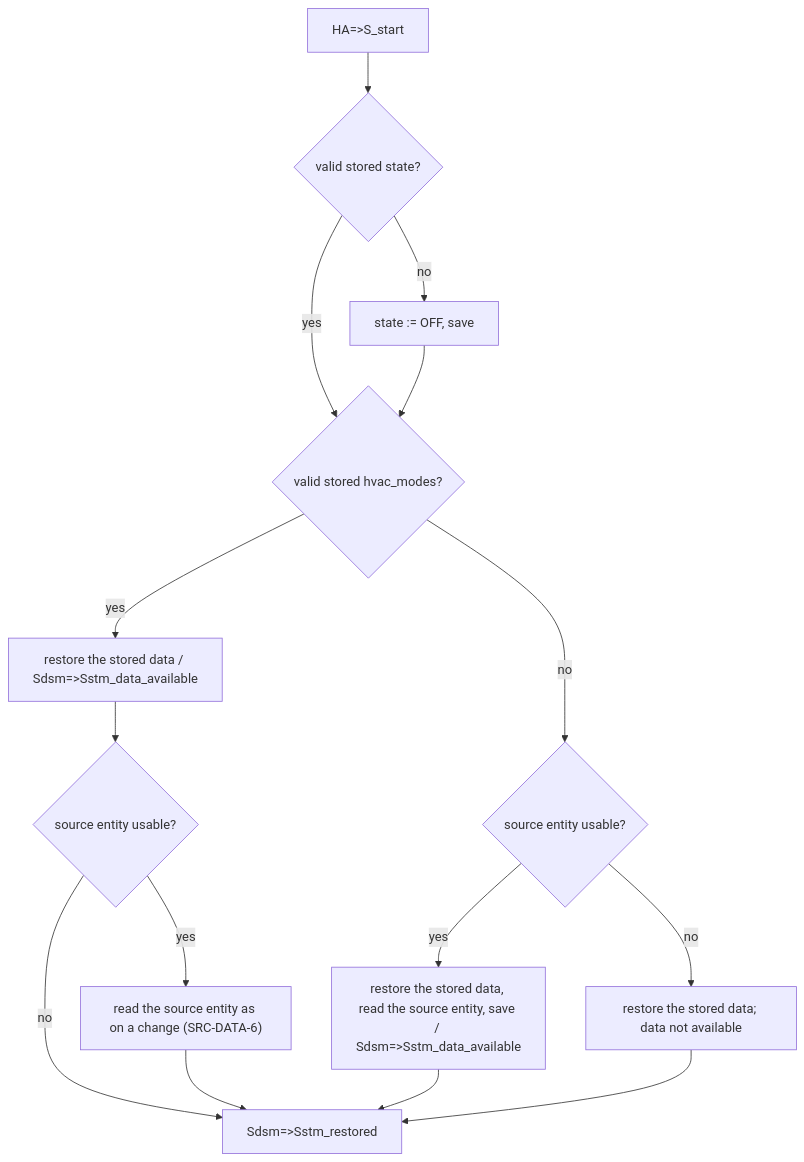
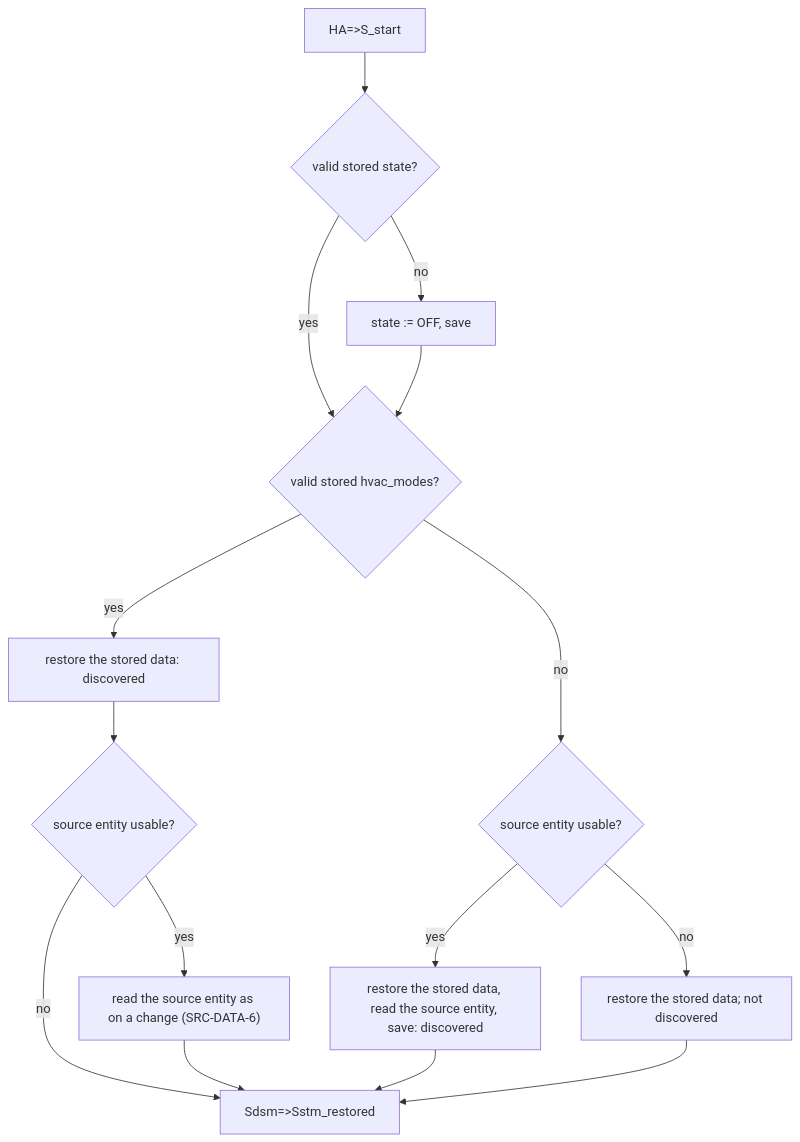
The second of 21 diagrams in SPEC.md (marsoupilami25/adaptative-climate), drawn with Mermaid before and after one commit. The commit also changed other lines of this file, not shown here.

````diff
--- a/SPEC.md
+++ b/SPEC.md
@@ -506,17 +607,17 @@
 ```mermaid
 flowchart TD
     S["HA=>S_start"] --> T{valid stored state?}
     T -- yes --> A{valid stored hvac_modes?}
     T -- no --> O[state := OFF, save] --> A
-    A -- yes --> R["restore the stored data / Sdsm=>Sstm_data_available"]
+    A -- yes --> R["restore the stored data: discovered"]
     R --> U{source entity usable?}
     U -- yes --> RU["read the source entity as on a change (SRC-DATA-6)"]
     U -- no --> E
     RU --> E
     A -- no --> B{source entity usable?}
-    B -- yes --> C["restore the stored data, read the source entity, save / Sdsm=>Sstm_data_available"]
-    B -- no --> D[restore the stored data; data not available]
+    B -- yes --> C["restore the stored data, read the source entity, save: discovered"]
+    B -- no --> D[restore the stored data; not discovered]
     E["Sdsm=>Sstm_restored"]
     C --> E
     D --> E
 ```
````
